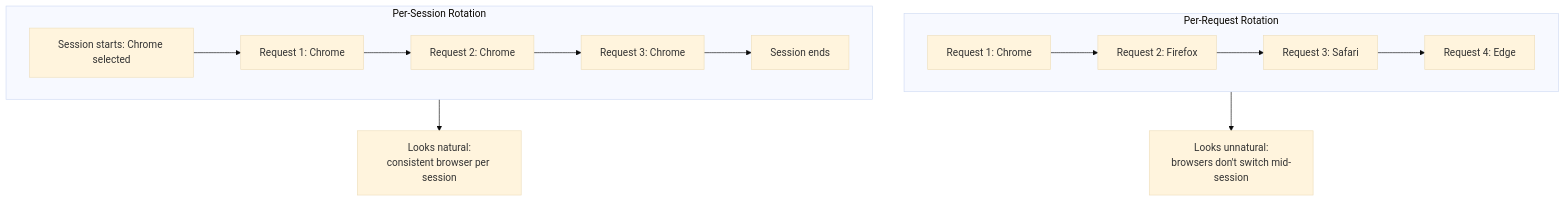
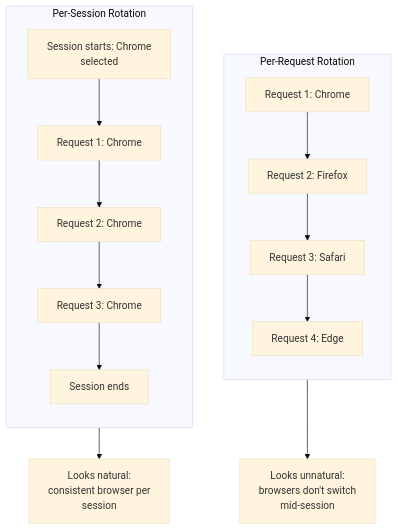
Before and after one commit to bytetunnels/bytetunnels.github.com: the third of 4 diagrams in _posts/2026-02-19-how-to-configure-rate-limiting-user-agent-rotation-responsibly.md, drawn with Mermaid (base theme). The commit also changed other lines of this file and 118 other files, not shown here.

Commit message:
feat: improve diagram styling and compact wide flowcharts

````diff
--- a/_posts/2026-02-19-how-to-configure-rate-limiting-user-agent-rotation-responsibly.md
+++ b/_posts/2026-02-19-how-to-configure-rate-limiting-user-agent-rotation-responsibly.md
@@ -383,18 +383,20 @@
 ```mermaid
 flowchart TD
     subgraph PR["Per-Request Rotation"]
+        direction TB
         A1["Request 1: Chrome"] --> A2["Request 2: Firefox"]
         A2 --> A3["Request 3: Safari"]
         A3 --> A4["Request 4: Edge"]
     end
 
     subgraph PS["Per-Session Rotation"]
-        B1["Session starts: Chrome selected"] --> B2["Request 1: Chrome"]
+        direction TB
+        B1["Session starts: Chrome<br/>selected"] --> B2["Request 1: Chrome"]
         B2 --> B3["Request 2: Chrome"]
         B3 --> B4["Request 3: Chrome"]
         B4 --> B5["Session ends"]
     end
 
-    PR --> C["Looks unnatural:<br>browsers don't switch mid-session"]
-    PS --> D["Looks natural:<br>consistent browser per session"]
+    PR --> C["Looks unnatural:<br/>browsers don't switch<br/>mid-session"]
+    PS --> D["Looks natural:<br/>consistent browser per<br/>session"]
 ```
````
